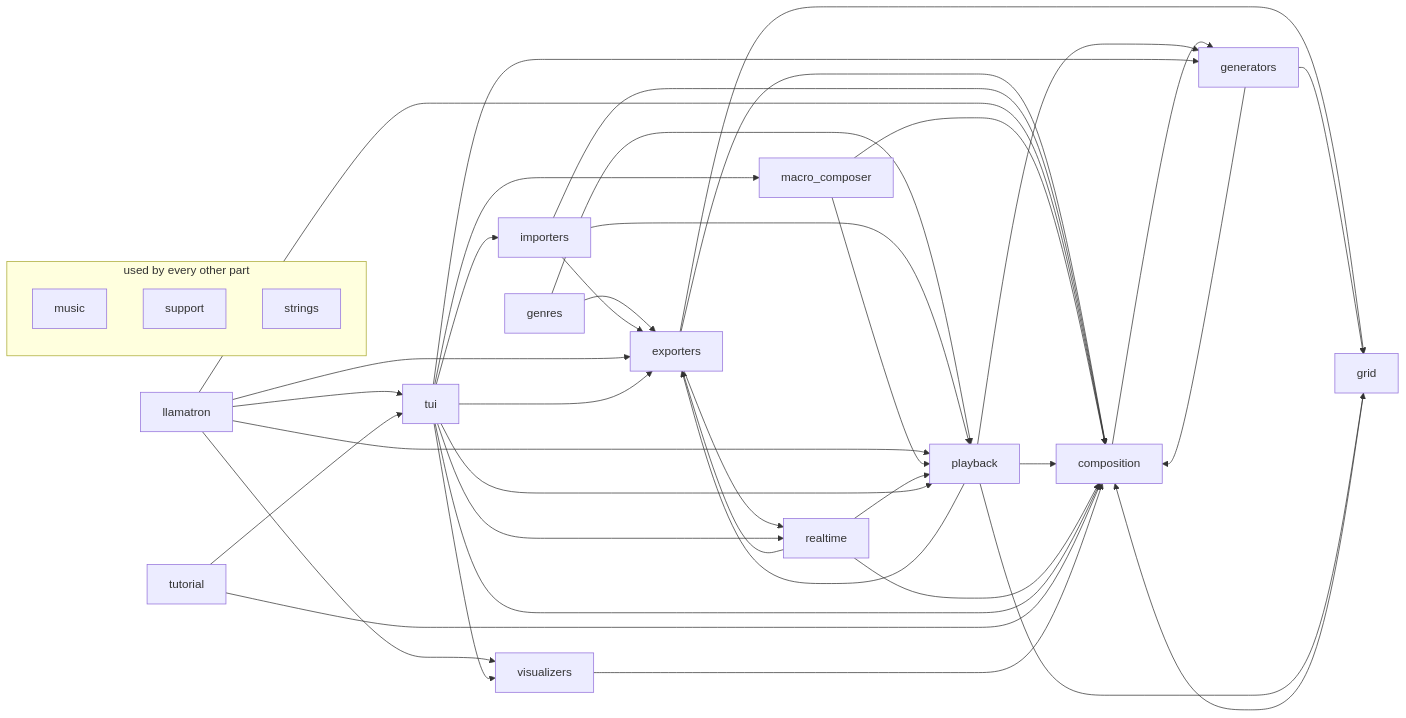
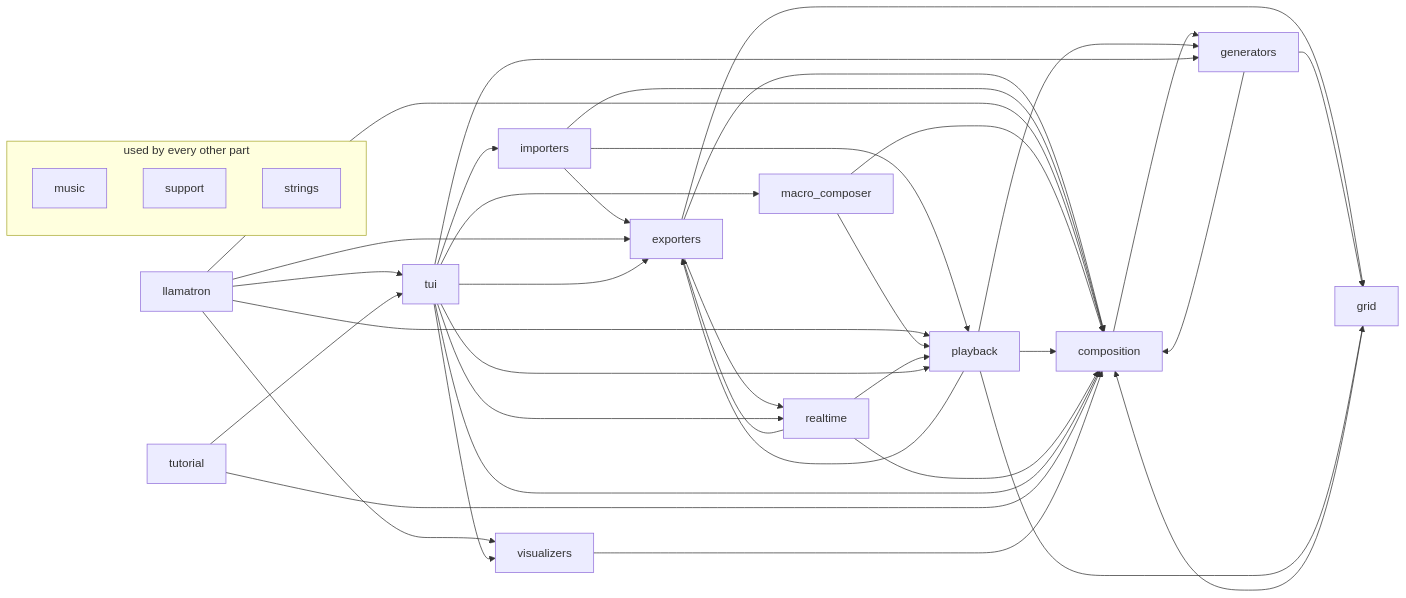
The second of 2 diagrams in docs/ARCHITECTURE.md (mpdehaan/llamatron), drawn with Mermaid before and after one commit. The commit also changed other lines of this file and 80 other files, not shown here.

````diff
--- a/docs/ARCHITECTURE.md
+++ b/docs/ARCHITECTURE.md
@@ -121,58 +121,55 @@
 ```mermaid
 flowchart LR
     tui["tui"]
     llamatron["llamatron"]
     composition["composition"]
     playback["playback"]
     generators["generators"]
     grid["grid"]
     exporters["exporters"]
-    genres["genres"]
     importers["importers"]
     macro_composer["macro_composer"]
     realtime["realtime"]
     tutorial["tutorial"]
     visualizers["visualizers"]
     subgraph everywhere ["used by every other part"]
     music["music"]
     support["support"]
     strings["strings"]
     end
     composition --> generators
     exporters --> composition
     exporters --> grid
     exporters --> realtime
     generators --> composition
     generators --> grid
-    genres --> exporters
-    genres --> playback
     grid --> composition
     importers --> composition
     importers --> exporters
     importers --> playback
     llamatron --> composition
     llamatron --> exporters
     llamatron --> playback
     llamatron --> tui
     llamatron --> visualizers
     macro_composer --> composition
     macro_composer --> playback
     playback --> composition
     playback --> exporters
     playback --> generators
     playback --> grid
     realtime --> composition
     realtime --> exporters
     realtime --> playback
     tui --> composition
     tui --> exporters
     tui --> generators
     tui --> importers
     tui --> macro_composer
     tui --> playback
     tui --> realtime
     tui --> visualizers
     tutorial --> composition
     tutorial --> tui
     visualizers --> composition
 ```
````
